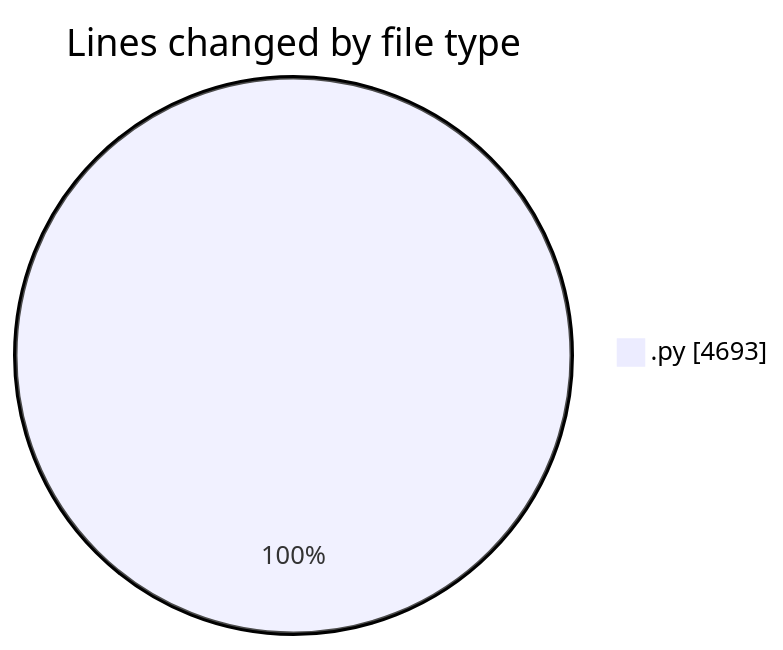
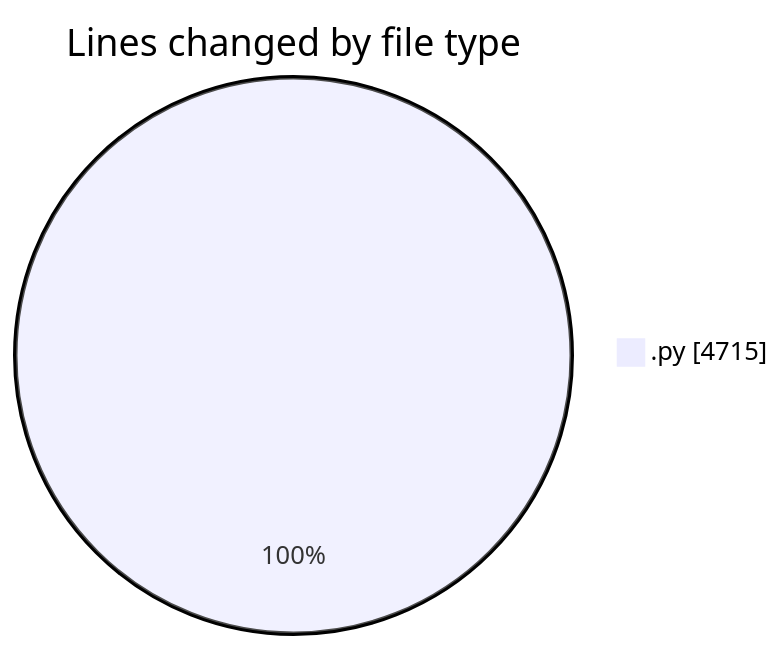
Before and after one commit to MatusMokan/code-tracking: the first of 2 diagrams in 2025-05-08/myws__workspace_/README.md, drawn with Mermaid. The commit also changed other lines of this file and 1 other file, not shown here.

````diff
--- a/2025-05-08/myws__workspace_/README.md
+++ b/2025-05-08/myws__workspace_/README.md
@@ -24,5 +24,5 @@
 ```mermaid
 pie showData
 title Lines changed by file type
-".py" : 4693
+".py" : 4715
 ```
````
